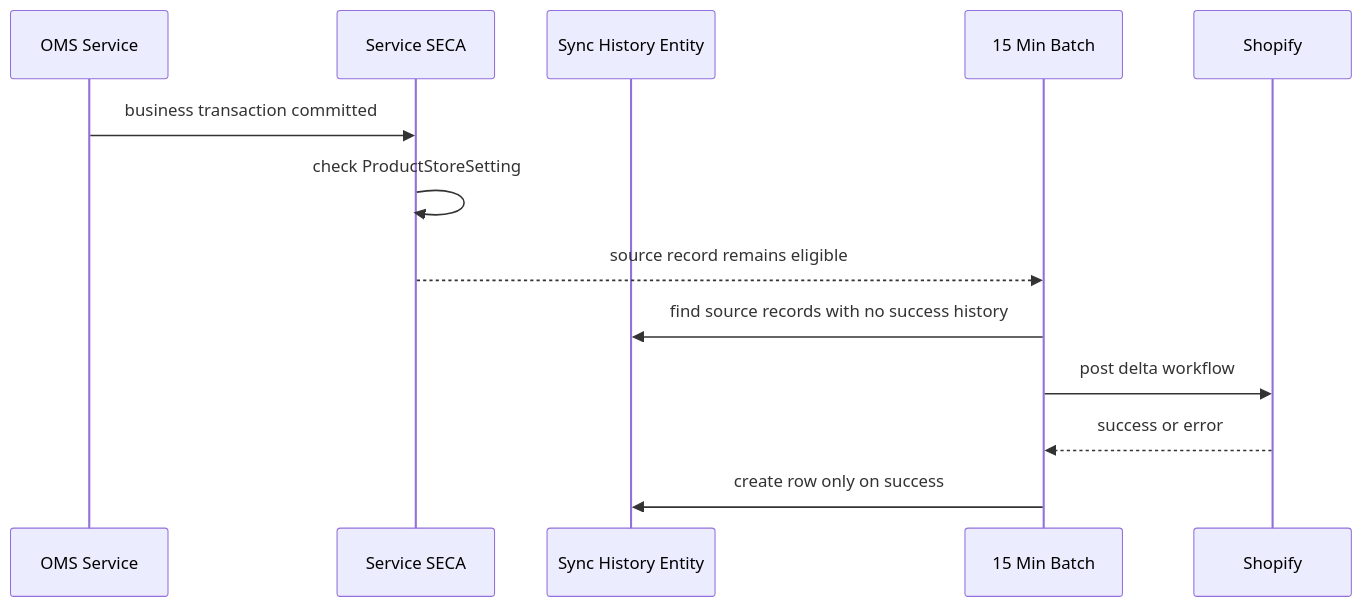
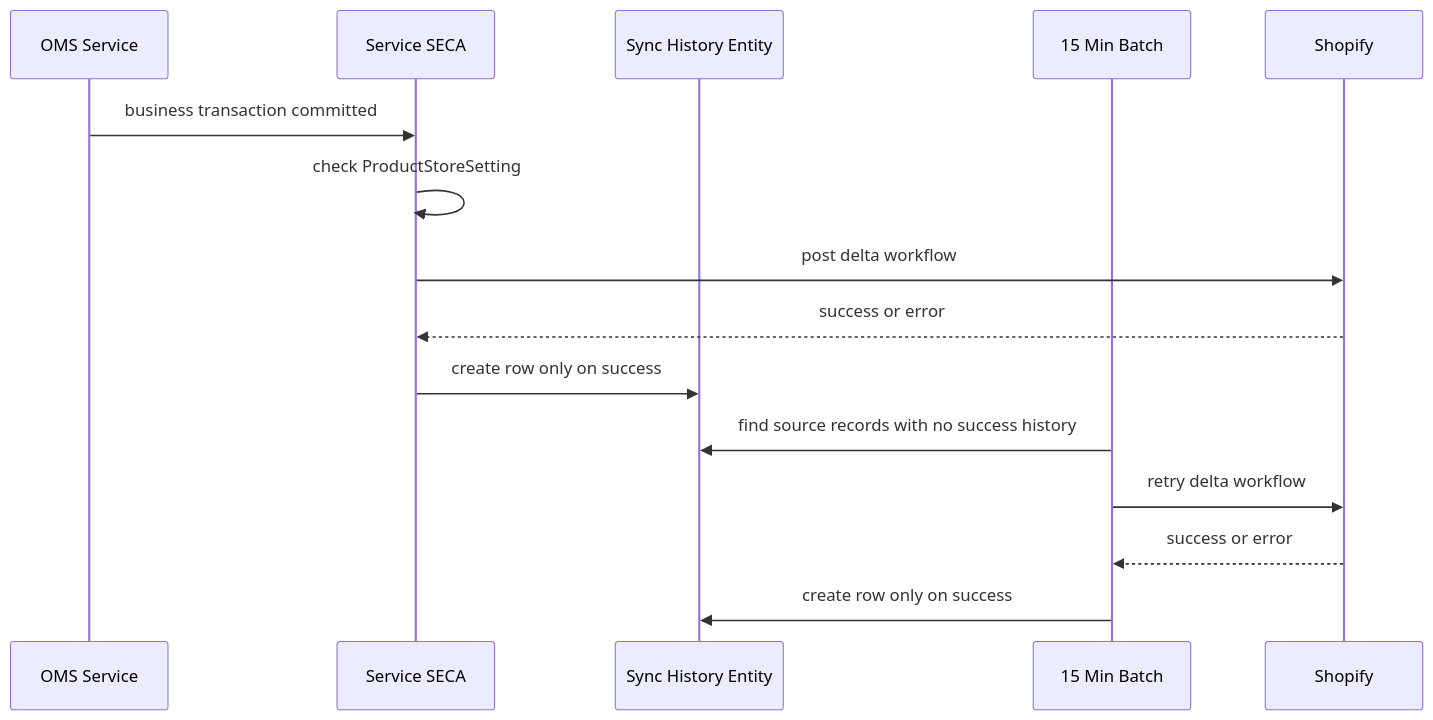
One commit to saastechacademy/foundation changed the second of 2 diagrams in project-ideas/shopify-integration/shopify-event-based-inventory-sync-triggers.md. Above: the diagram before and after it, drawn with Mermaid. The commit also changed other lines of this file, not shown here.

Commit message:
Clarify SECA as primary Shopify sync path

````diff
--- a/project-ideas/shopify-integration/shopify-event-based-inventory-sync-triggers.md
+++ b/project-ideas/shopify-integration/shopify-event-based-inventory-sync-triggers.md
@@ -104,16 +105,18 @@
 ```mermaid
 sequenceDiagram
     participant OMS as OMS Service
     participant SECA as Service SECA
     participant HIST as Sync History Entity
     participant BATCH as 15 Min Batch
     participant SHOP as Shopify
 
     OMS->>SECA: business transaction committed
     SECA->>SECA: check ProductStoreSetting
-    SECA-->>BATCH: source record remains eligible
+    SECA->>SHOP: post delta workflow
+    SHOP-->>SECA: success or error
+    SECA->>HIST: create row only on success
     BATCH->>HIST: find source records with no success history
-    BATCH->>SHOP: post delta workflow
+    BATCH->>SHOP: retry delta workflow
     SHOP-->>BATCH: success or error
     BATCH->>HIST: create row only on success
 ```
````
